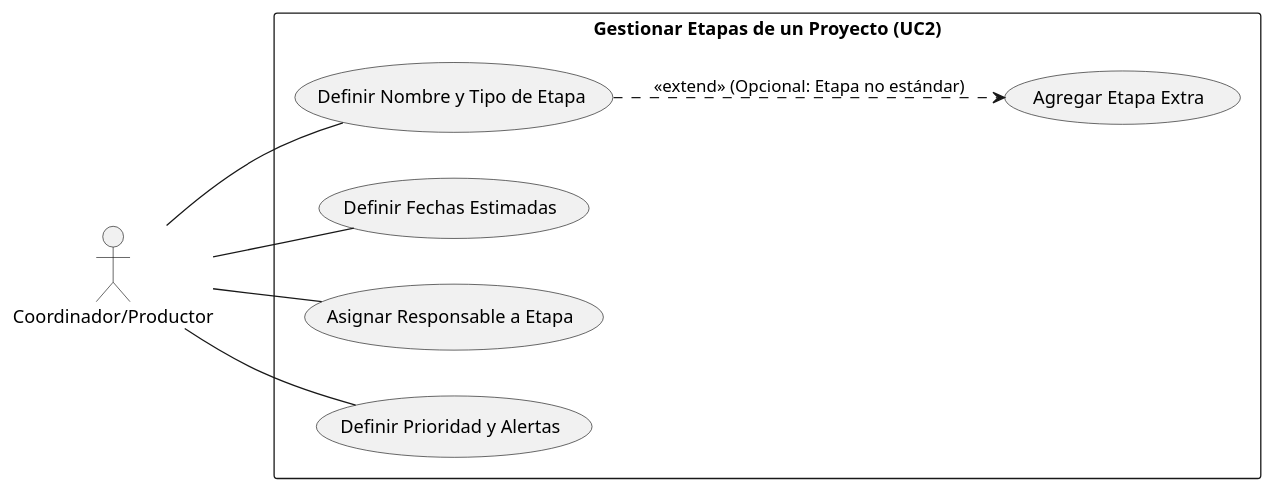
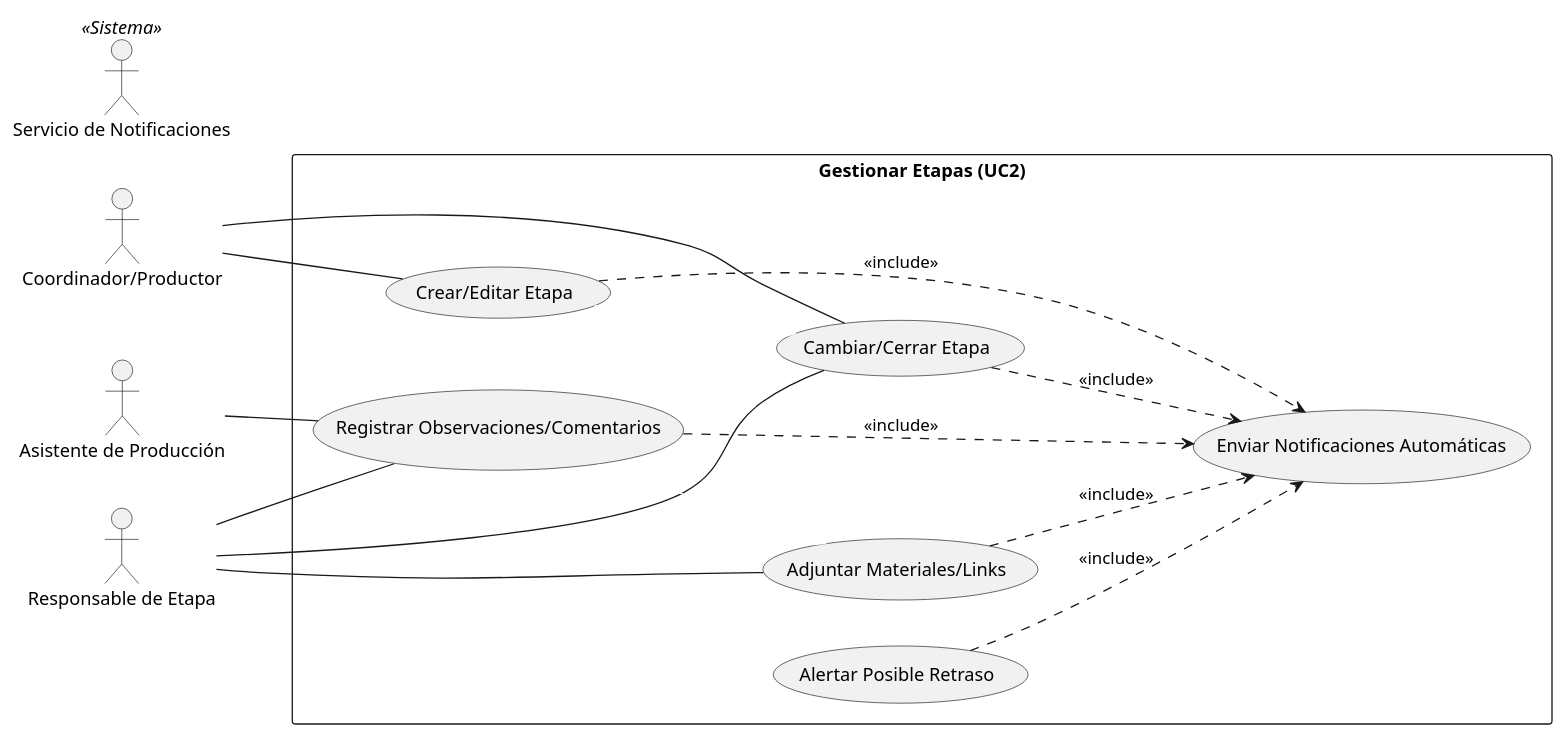
One commit to GonzaloBarbano/SistemaProductoraVideos changed the diagram in diagramas/02-casos-de-uso/02-caso-uso-gestionar-etapas-02.puml. Above: the diagram before and after it, drawn with PlantUML. The commit also changed 11 other files, not shown here.

Commit message:
Correccion diagramas

```diff
--- a/diagramas/02-casos-de-uso/02-caso-uso-gestionar-etapas-02.puml
+++ b/diagramas/02-casos-de-uso/02-caso-uso-gestionar-etapas-02.puml
@@ -1,19 +1,37 @@
 @startuml
 left to right direction
 
 actor "Coordinador/Productor" as Prod
+actor "Responsable de Etapa" as Resp
+actor "Asistente de Producción" as Asist
+actor "Servicio de Notificaciones" as Notif <<Sistema>>
 
-rectangle "Gestionar Etapas de un Proyecto (UC2)" {
-    usecase "Definir Nombre y Tipo de Etapa" as NombreEtapa
-    usecase "Definir Fechas Estimadas" as Fechas
-    usecase "Asignar Responsable a Etapa" as UC3
-    usecase "Definir Prioridad y Alertas" as Prioridad
-    usecase "Agregar Etapa Extra" as AddExtra
+rectangle "Gestionar Etapas (UC2)" {
+    usecase "Crear/Editar Etapa" as CrearEtapa
+    usecase "Cambiar/Cerrar Etapa" as CambiarEtapa
+    usecase "Registrar Observaciones/Comentarios" as RegObs
+    usecase "Adjuntar Materiales/Links" as Links
+    usecase "Alertar Posible Retraso" as Alerta
+    usecase "Enviar Notificaciones Automáticas" as UC5
 }
 
-Prod -- NombreEtapa
-Prod -- Fechas
-Prod -- UC3
-Prod -- Prioridad
-NombreEtapa ..> AddExtra : <<extend>> (Opcional: Etapa no estándar)
+' Actores
+Prod -- CrearEtapa
+Prod -- CambiarEtapa
+Resp -- CambiarEtapa
+Resp -- RegObs
+Resp -- Links
+Asist -- RegObs
+
+' Relaciones internas
+CrearEtapa ..> UC5 : <<include>>
+CambiarEtapa ..> UC5 : <<include>>
+RegObs ..> UC5 : <<include>>
+Links ..> UC5 : <<include>>
+Alerta ..> UC5 : <<include>>
+
+' Flechas ocultas para acomodar
+CrearEtapa -[#white]-> CambiarEtapa
+RegObs -[#white]-> Links
+
 @enduml
```
